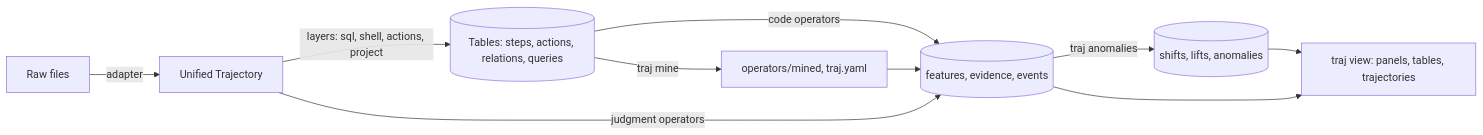
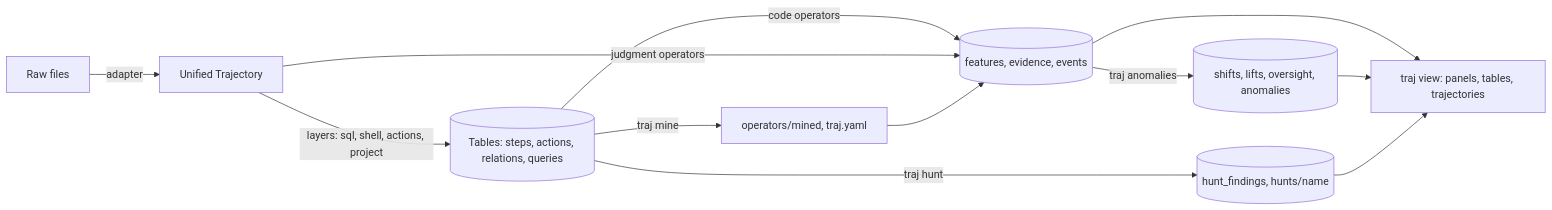
The diagram in docs/design.md (Lincyaw/traj-analyzer), drawn with Mermaid before and after one commit. The commit also changed other lines of this file and 47 other files, not shown here.

````diff
--- a/docs/design.md
+++ b/docs/design.md
@@ -18,12 +18,14 @@
 ```mermaid
 flowchart LR
     raw[Raw files] -->|adapter| unified[Unified Trajectory]
     unified -->|layers: sql, shell, actions, project| tables[(Tables: steps, actions, relations, queries)]
     tables -->|code operators| features[(features, evidence, events)]
     unified -->|judgment operators| features
-    features -->|traj anomalies| anomalies[(shifts, lifts, anomalies)]
+    features -->|traj anomalies| anomalies[(shifts, lifts, oversight, anomalies)]
     features --> view[traj view: panels, tables, trajectories]
     anomalies --> view
     tables -->|traj mine| mined[operators/mined, traj.yaml]
     mined --> features
+    tables -->|traj hunt| hunted[(hunt_findings, hunts/name)]
+    hunted --> view
 ```
````
